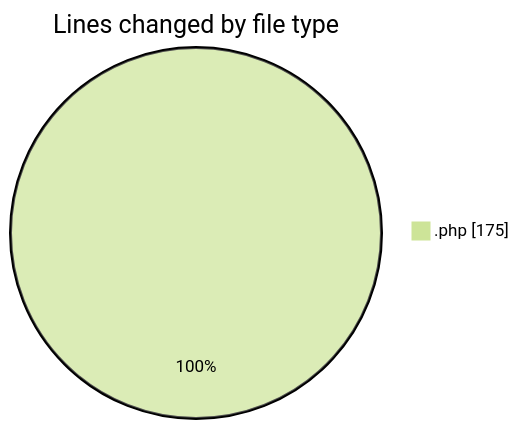
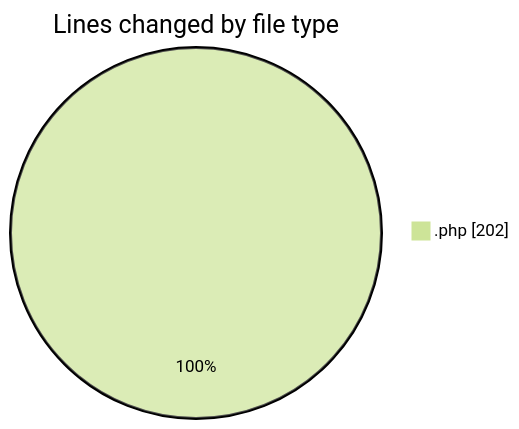
The first of 2 diagrams in 2026-02-06/enviar_facturas/README.md (LanceThiago/code-tracking), drawn with Mermaid (forest theme) before and after one commit. The commit also changed other lines of this file and 1 other file, not shown here.

````diff
--- a/2026-02-06/enviar_facturas/README.md
+++ b/2026-02-06/enviar_facturas/README.md
@@ -20,5 +20,5 @@
 ```mermaid
 pie showData
 title Lines changed by file type
-".php" : 175
+".php" : 202
 ```
````
